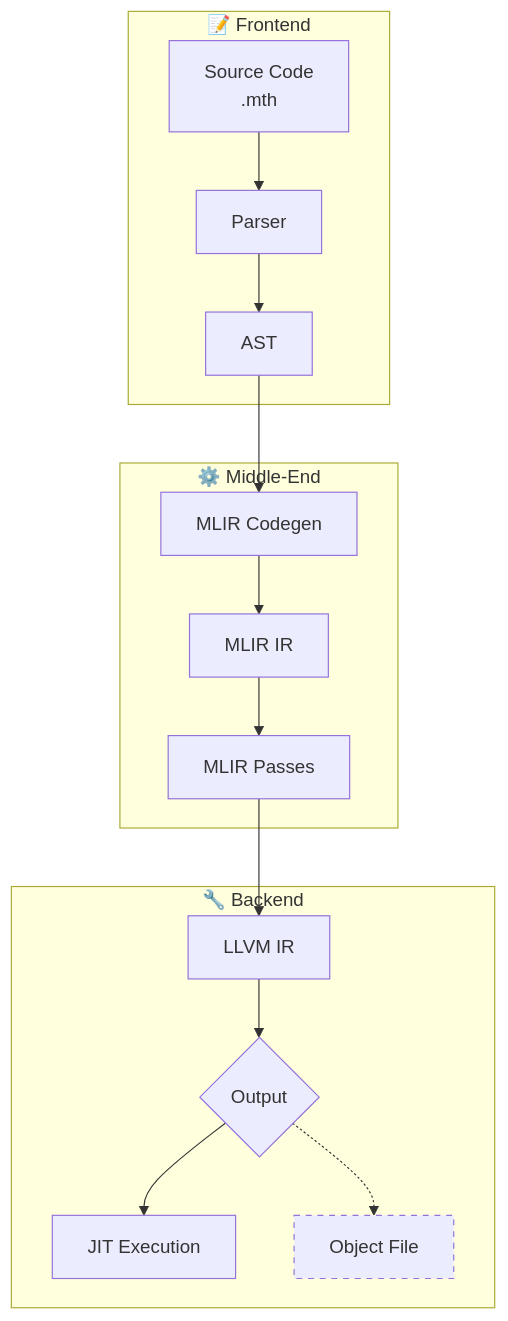
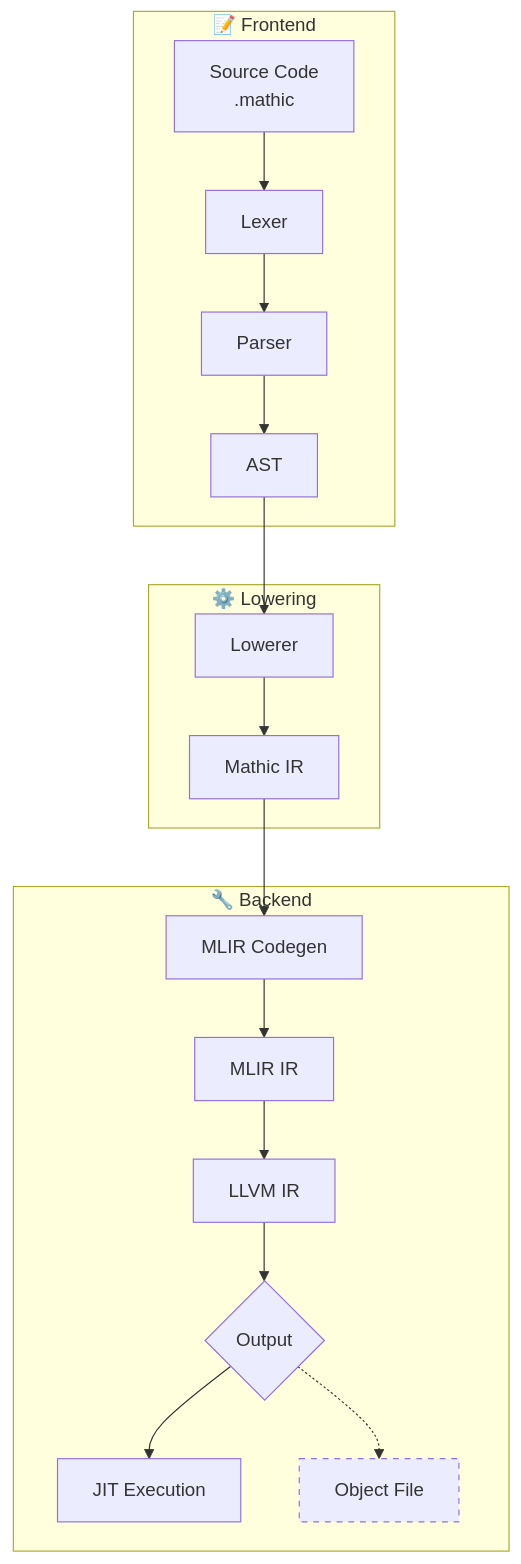
One commit to FrancoGiachetta/mathic changed the diagram in README.md. Above: the diagram before and after it, drawn with Mermaid. The commit also changed other lines of this file and 11 other files, not shown here.

````diff
--- a/README.md
+++ b/README.md
@@ -116,23 +138,26 @@
 ```mermaid
 flowchart TD
     subgraph Frontend["📝 Frontend"]
-        Source[Source Code<br/>.mth]
-        Source --> Parser[Parser]
-        Parser --> AST[AST]
+        Source[Source Code<br/>.mathic]
+        Lexer[Lexer]
+        Parser[Parser]
+        AST[AST]
+        Source --> Lexer --> Parser --> AST
     end
-    
-    subgraph MiddleEnd["⚙️ Middle-End"]
-        AST --> Codegen[MLIR Codegen]
+
+    subgraph Lowering["⚙️ Lowering"]
+        AST --> Lowerer[Lowerer]
+        Lowerer --> IR[Mathic IR]
+    end
+
+    subgraph Backend["🔧 Backend"]
+        IR --> Codegen[MLIR Codegen]
         Codegen --> MLIR[MLIR IR]
-        MLIR --> Passes[MLIR Passes]
-    end
-    
-    subgraph Backend["🔧 Backend"]
-        Passes --> LLVM[LLVM IR]
+        MLIR --> LLVM[LLVM IR]
         LLVM --> Output{Output}
         Output --> JIT[JIT Execution]
         Output -.-> OBJ[Object File]
     end
-    
+
     style OBJ stroke-dasharray: 5 5
 ```
````
